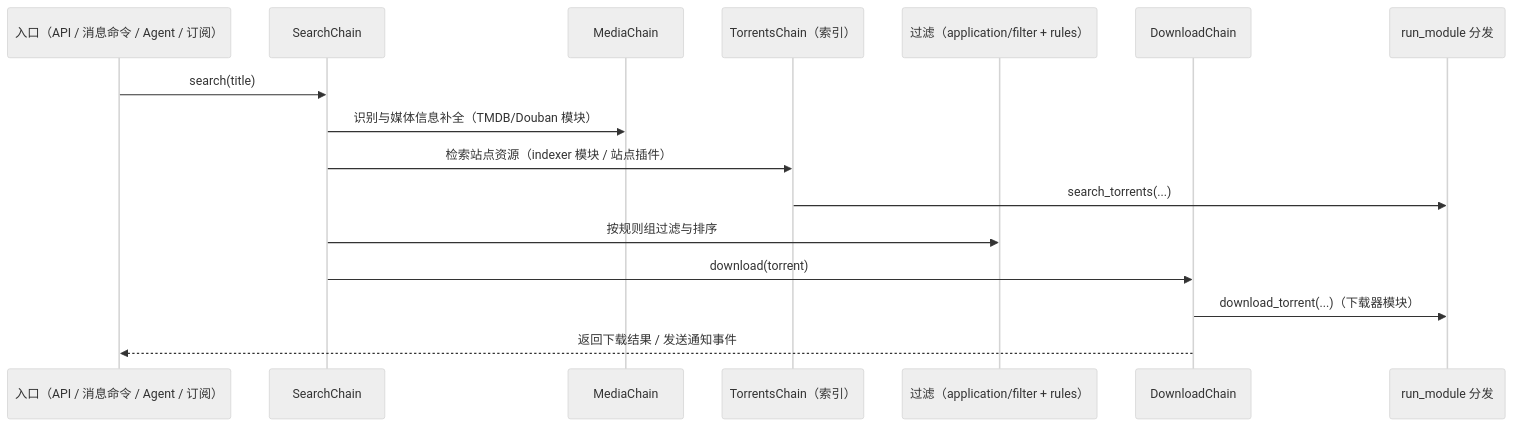
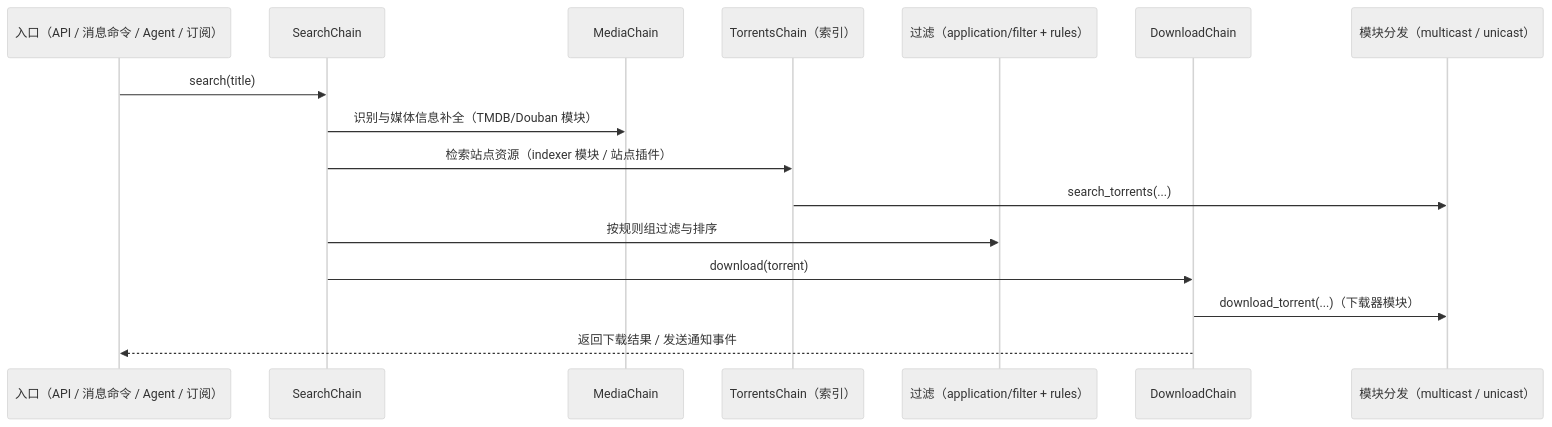
The eighth of 14 diagrams in docs/architecture-overview.md (jxxghp/MoviePilot), drawn with Mermaid (neutral theme) before and after one commit. The commit also changed other lines of this file and 28 other files, not shown here.

````diff
--- a/docs/architecture-overview.md
+++ b/docs/architecture-overview.md
@@ -404,19 +414,19 @@
 ```mermaid
 sequenceDiagram
     participant E as 入口（API / 消息命令 / Agent / 订阅）
     participant SC as SearchChain
     participant MC as MediaChain
     participant TC as TorrentsChain（索引）
     participant FC as 过滤（application/filter + rules）
     participant DC as DownloadChain
-    participant MOD as run_module 分发
+    participant MOD as 模块分发（multicast / unicast）
 
     E->>SC: search(title)
     SC->>MC: 识别与媒体信息补全（TMDB/Douban 模块）
     SC->>TC: 检索站点资源（indexer 模块 / 站点插件）
     TC->>MOD: search_torrents(...)
     SC->>FC: 按规则组过滤与排序
     SC->>DC: download(torrent)
     DC->>MOD: download_torrent(...)（下载器模块）
     DC-->>E: 返回下载结果 / 发送通知事件
 ```
````
